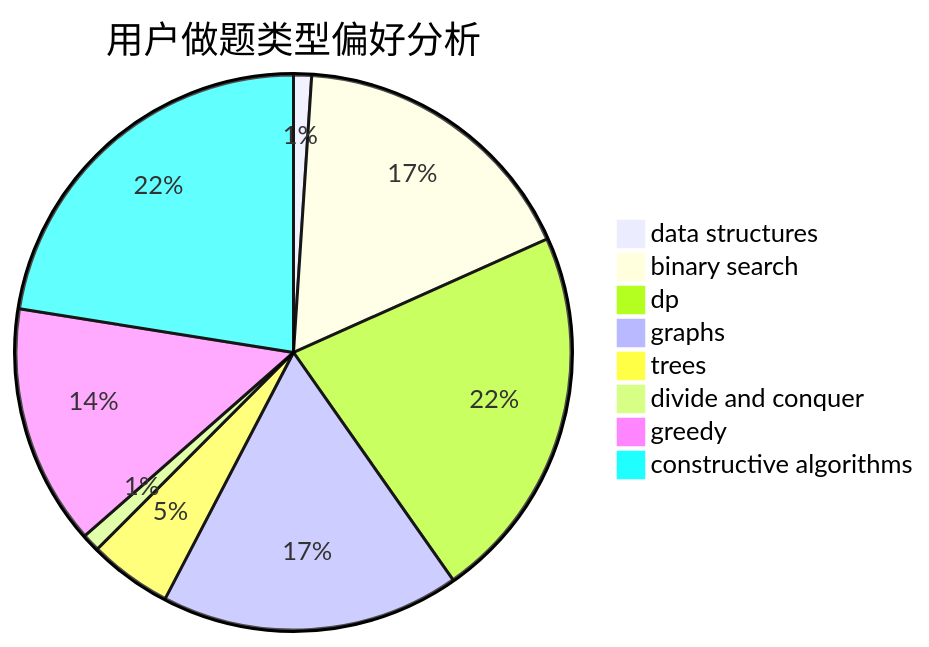
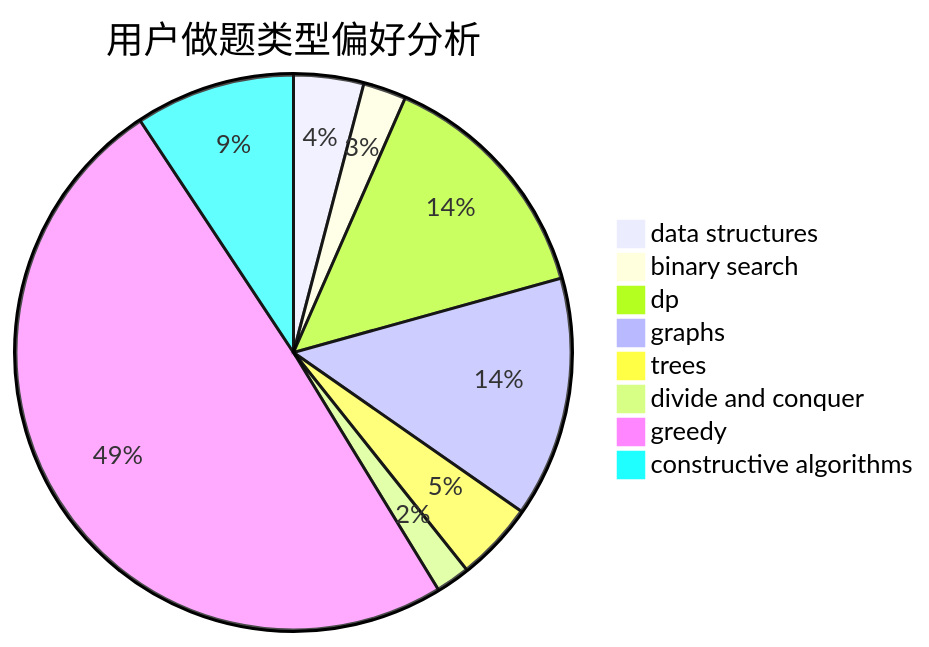
One commit to sherpahu/cfrs.github.io changed the second of 3 diagrams in docs/user/u744.md. Above: the diagram before and after it, drawn with Mermaid. The commit also changed other lines of this file and 2770 other files, not shown here.

````diff
--- a/docs/user/u744.md
+++ b/docs/user/u744.md
@@ -23,11 +23,11 @@
 ```mermaid
 pie title 用户做题类型偏好分析
-    "data structures" :  8
-    "binary search" :  132
-    "dp" :  168
-    "graphs" :  133
-    "trees" :  37
-    "divide and conquer" :  8
-    "greedy" :  107
-    "constructive algorithms" :  172
+    "data structures" :  39
+    "binary search" :  24
+    "dp" :  135
+    "graphs" :  134
+    "trees" :  44
+    "divide and conquer" :  19
+    "greedy" :  473
+    "constructive algorithms" :  89
 ```
````
